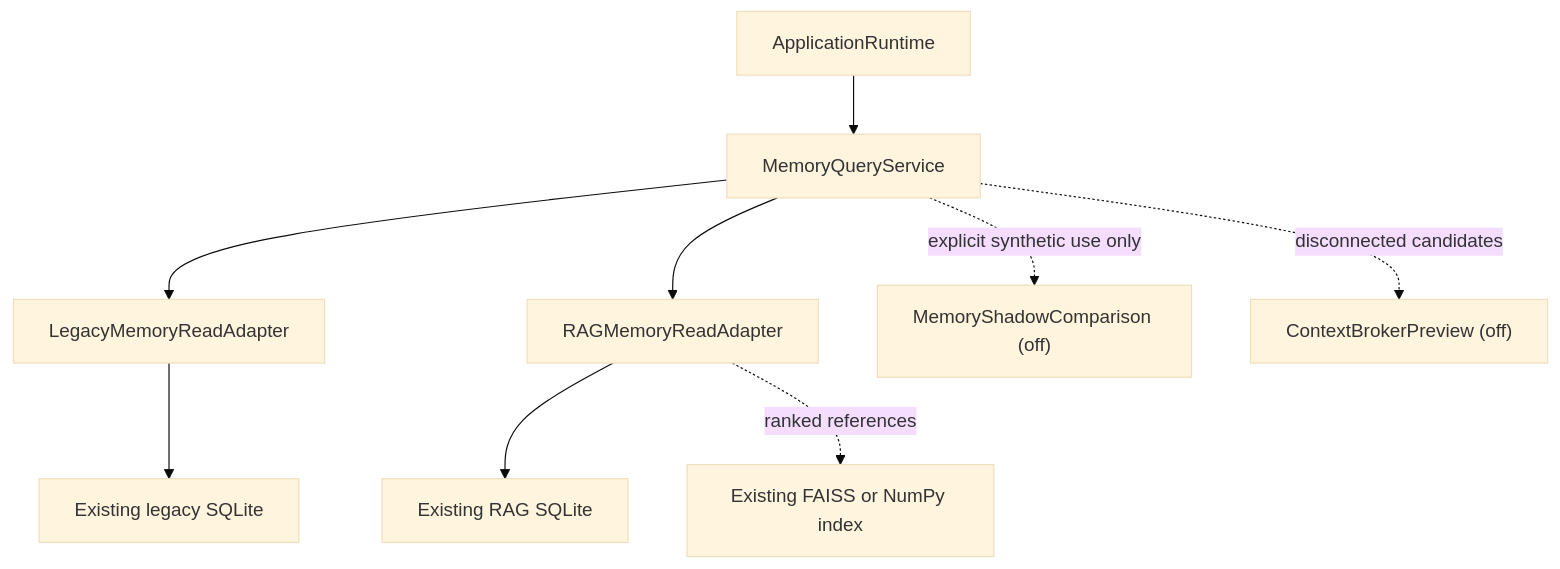
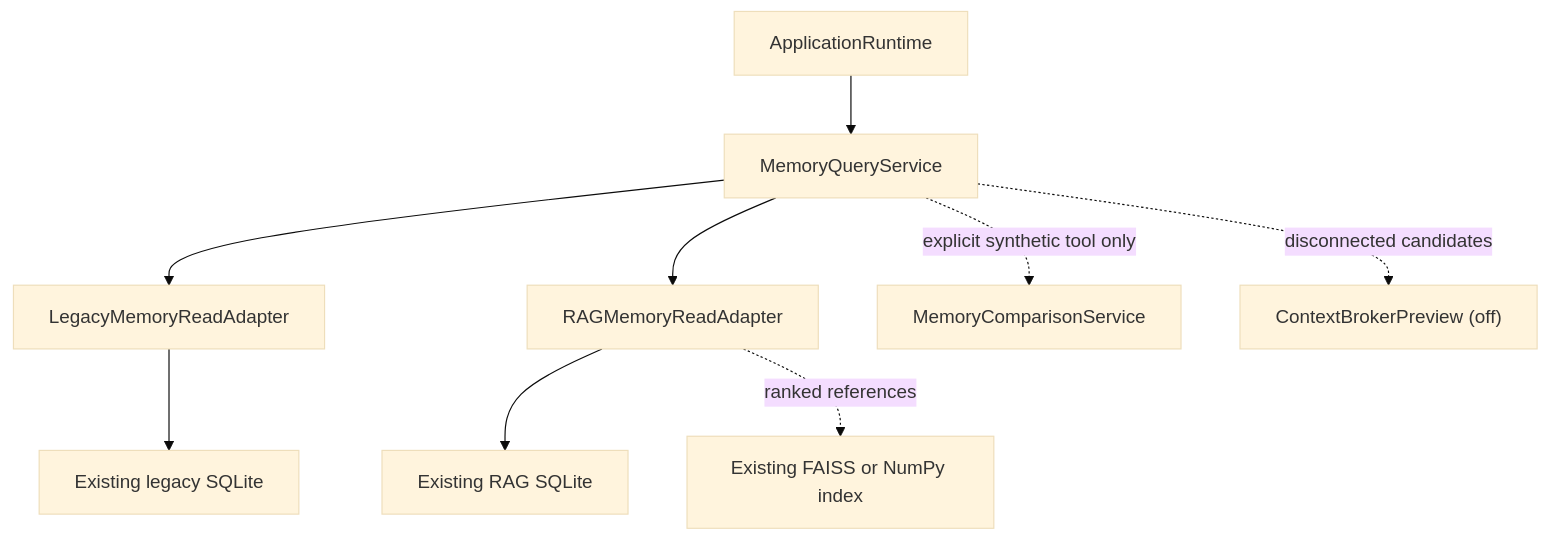
Before and after one commit to kaamikazi/fibi-desktop-lifeform: the diagram in docs/architecture/MEMORY_STAGE_1_READ_BOUNDARY.md, drawn with Mermaid (base theme). The commit also changed other lines of this file and 17 other files, not shown here.

Commit message:
feat: add content-free memory comparison

````diff
--- a/docs/architecture/MEMORY_STAGE_1_READ_BOUNDARY.md
+++ b/docs/architecture/MEMORY_STAGE_1_READ_BOUNDARY.md
@@ -11,11 +11,11 @@
 ```mermaid
 flowchart TD
     Runtime["ApplicationRuntime"] --> Query["MemoryQueryService"]
     Query --> Legacy["LegacyMemoryReadAdapter"]
     Query --> Rag["RAGMemoryReadAdapter"]
     Legacy --> LegacyDb["Existing legacy SQLite"]
     Rag --> RagDb["Existing RAG SQLite"]
     Rag -. ranked references .-> Index["Existing FAISS or NumPy index"]
-    Query -. explicit synthetic use only .-> Shadow["MemoryShadowComparison (off)"]
+    Query -. explicit synthetic tool only .-> Shadow["MemoryComparisonService"]
     Query -. disconnected candidates .-> Preview["ContextBrokerPreview (off)"]
 ```
````
